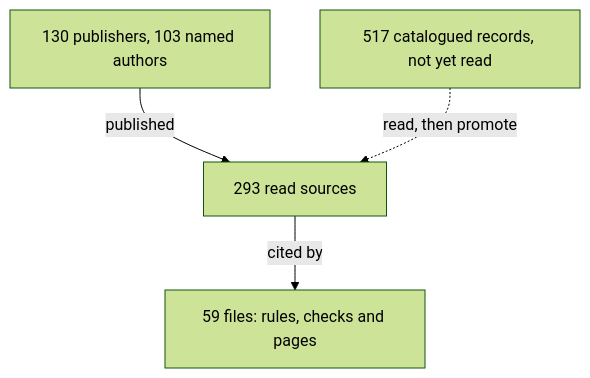
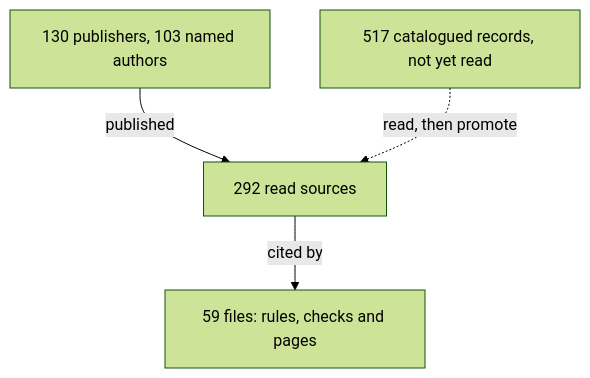
The diagram in docs/practice/experts.md (Valpatel/cad-agent), drawn with Mermaid (forest theme) before and after one commit. The commit also changed other lines of this file and 10 other files, not shown here.

````diff
--- a/docs/practice/experts.md
+++ b/docs/practice/experts.md
@@ -6,7 +6,7 @@
 ```mermaid
 flowchart TD
-  P["130 publishers, 103 named authors"] -->|published| S["293 read sources"]
+  P["130 publishers, 103 named authors"] -->|published| S["292 read sources"]
   S -->|cited by| U["59 files: rules, checks and pages"]
   C["517 catalogued records, not yet read"] -.->|read, then promote| S
   class S here
 ```
````
